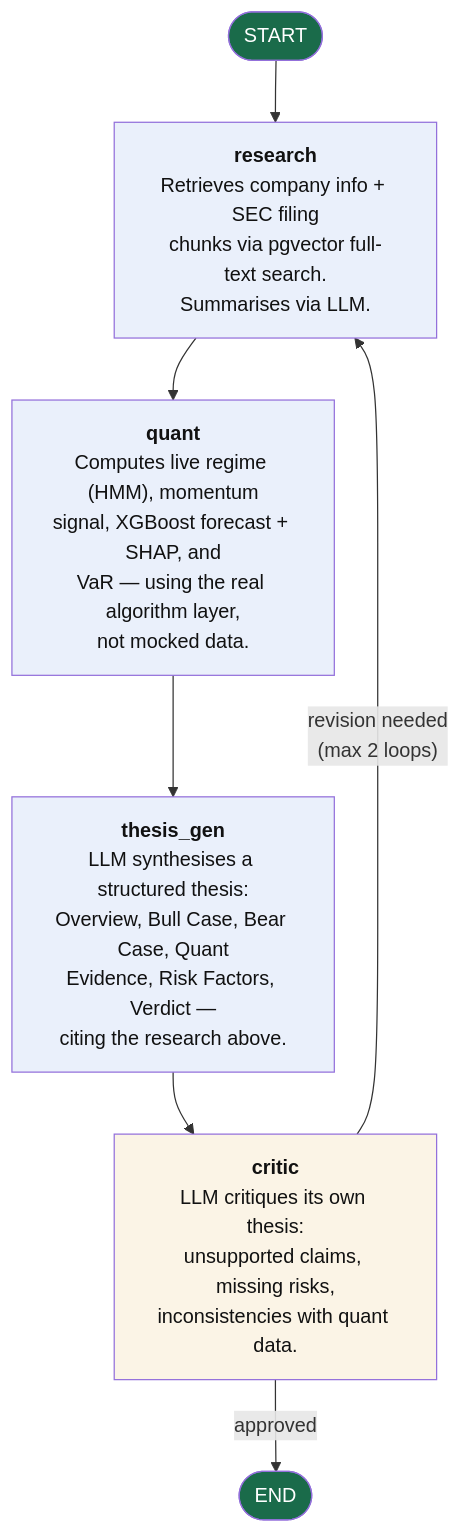
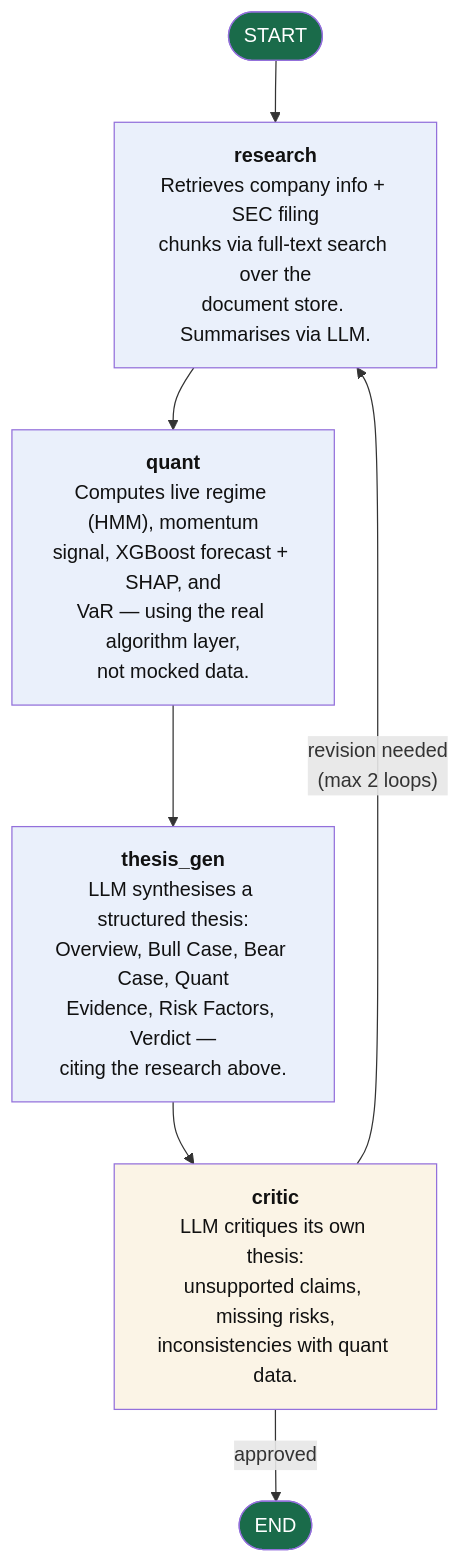
One commit to CodeRockerr/AEQUITAS changed the second of 2 diagrams in README.md. Above: the diagram before and after it, drawn with Mermaid. The commit also changed other lines of this file, not shown here.

````diff
--- a/README.md
+++ b/README.md
@@ -198,25 +201,25 @@
 ```mermaid
 flowchart TD
     START(["START"]) --> research
 
-    research["<b>research</b><br/>Retrieves company info + SEC filing<br/>chunks via pgvector full-text search.<br/>Summarises via LLM."]
+    research["<b>research</b><br/>Retrieves company info + SEC filing<br/>chunks via full-text search over the<br/>document store. Summarises via LLM."]
     research --> quant
 
     quant["<b>quant</b><br/>Computes live regime (HMM), momentum<br/>signal, XGBoost forecast + SHAP, and<br/>VaR — using the real algorithm layer,<br/>not mocked data."]
     quant --> thesis_gen
 
     thesis_gen["<b>thesis_gen</b><br/>LLM synthesises a structured thesis:<br/>Overview, Bull Case, Bear Case, Quant<br/>Evidence, Risk Factors, Verdict —<br/>citing the research above."]
     thesis_gen --> critic
 
     critic["<b>critic</b><br/>LLM critiques its own thesis:<br/>unsupported claims, missing risks,<br/>inconsistencies with quant data."]
 
     critic -->|"revision needed<br/>(max 2 loops)"| research
     critic -->|"approved"| END(["END"])
 
     style START fill:#1A6B4A,color:#fff
     style END fill:#1A6B4A,color:#fff
     style research fill:#EAF0FB,color:#111
     style quant fill:#EAF0FB,color:#111
     style thesis_gen fill:#EAF0FB,color:#111
     style critic fill:#FBF4E6,color:#111
 ```
````
